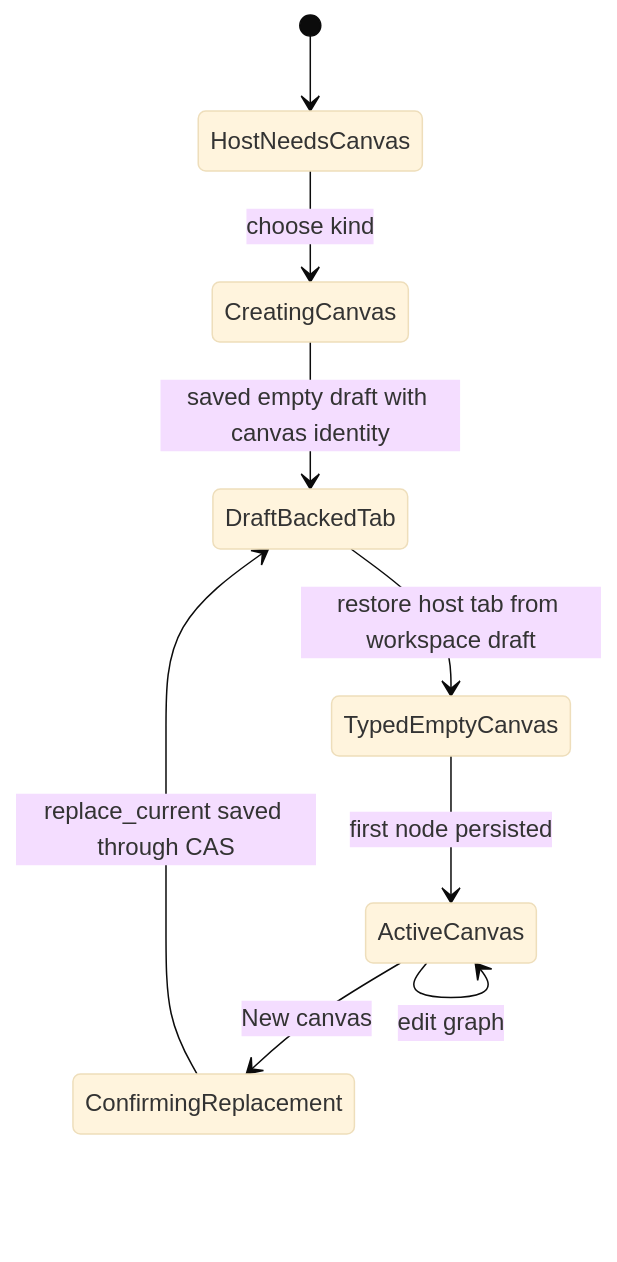
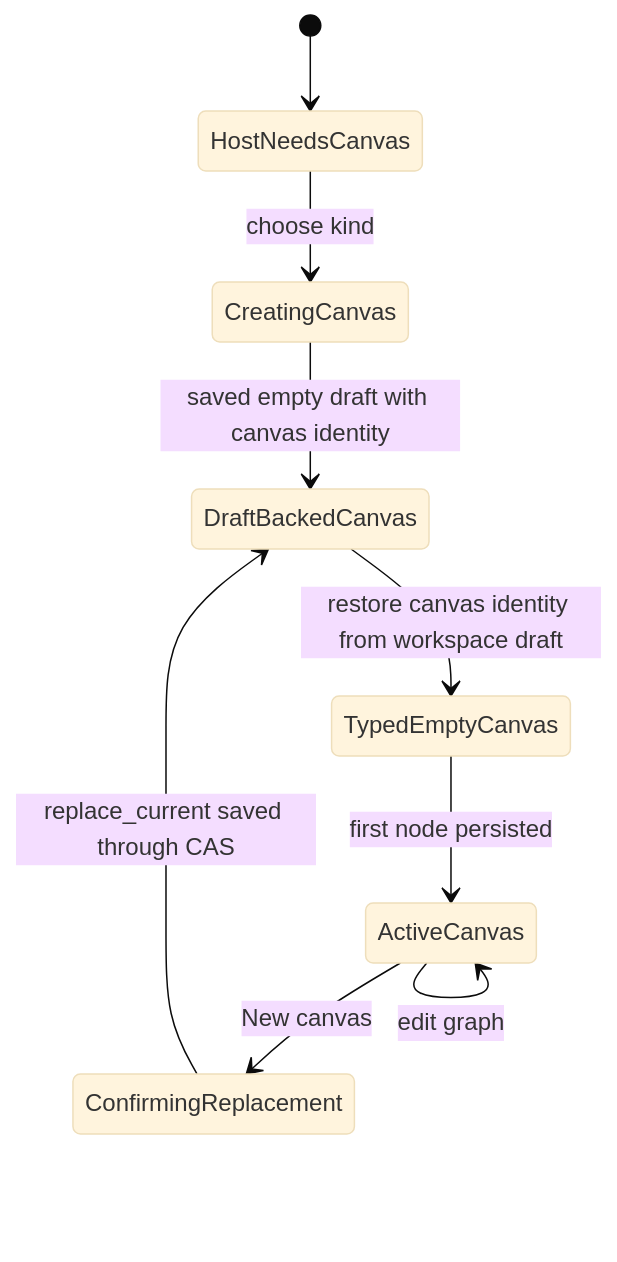
Before and after one commit to dunay2/dvt: the first of 4 diagrams in docs/architecture/components/web/graph/canvas-playground-host-component.md, drawn with Mermaid (base theme). The commit also changed other lines of this file and 1 other file, not shown here.

Commit message:
docs(docs): Retire Canvas tab-state docs

````diff
--- a/docs/architecture/components/web/graph/canvas-playground-host-component.md
+++ b/docs/architecture/components/web/graph/canvas-playground-host-component.md
@@ -129,11 +128,11 @@
 ```mermaid
 stateDiagram-v2
   [*] --> HostNeedsCanvas
   HostNeedsCanvas --> CreatingCanvas: choose kind
-  CreatingCanvas --> DraftBackedTab: saved empty draft with canvas identity
-  DraftBackedTab --> TypedEmptyCanvas: restore host tab from workspace draft
+  CreatingCanvas --> DraftBackedCanvas: saved empty draft with canvas identity
+  DraftBackedCanvas --> TypedEmptyCanvas: restore canvas identity from workspace draft
   TypedEmptyCanvas --> ActiveCanvas: first node persisted
   ActiveCanvas --> ActiveCanvas: edit graph
   ActiveCanvas --> ConfirmingReplacement: New canvas
-  ConfirmingReplacement --> DraftBackedTab: replace_current saved through CAS
+  ConfirmingReplacement --> DraftBackedCanvas: replace_current saved through CAS
 ```
````
